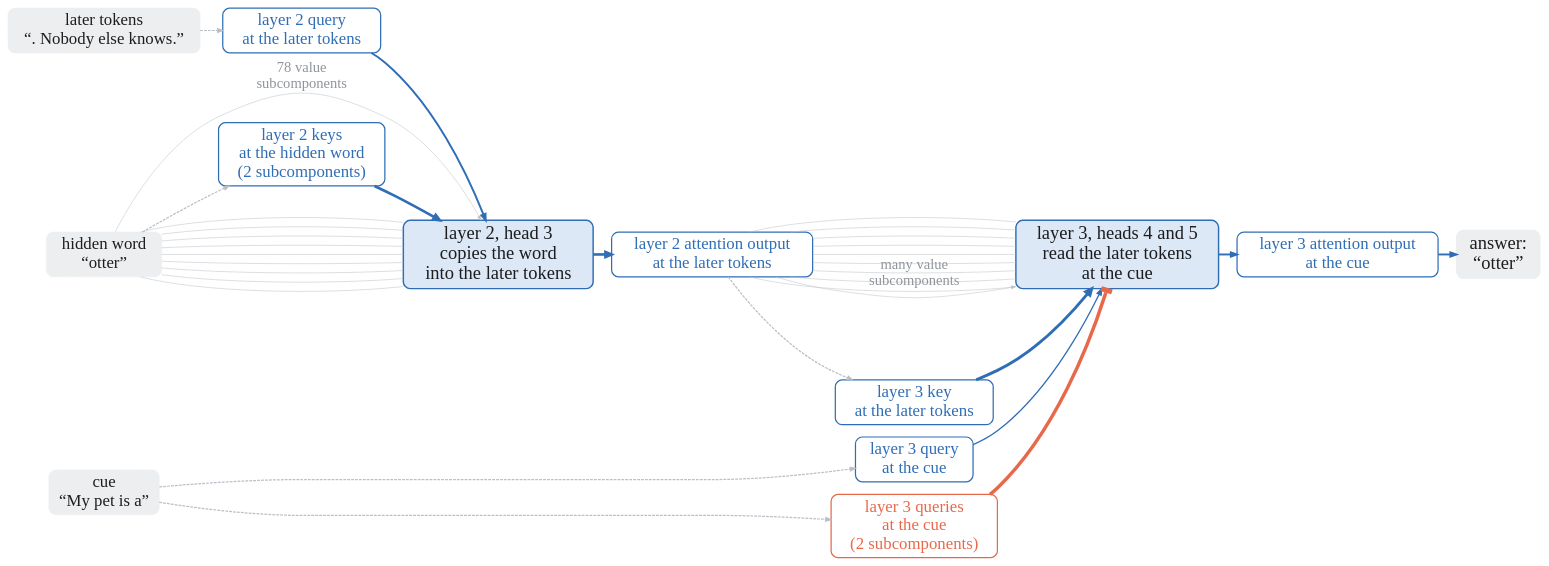
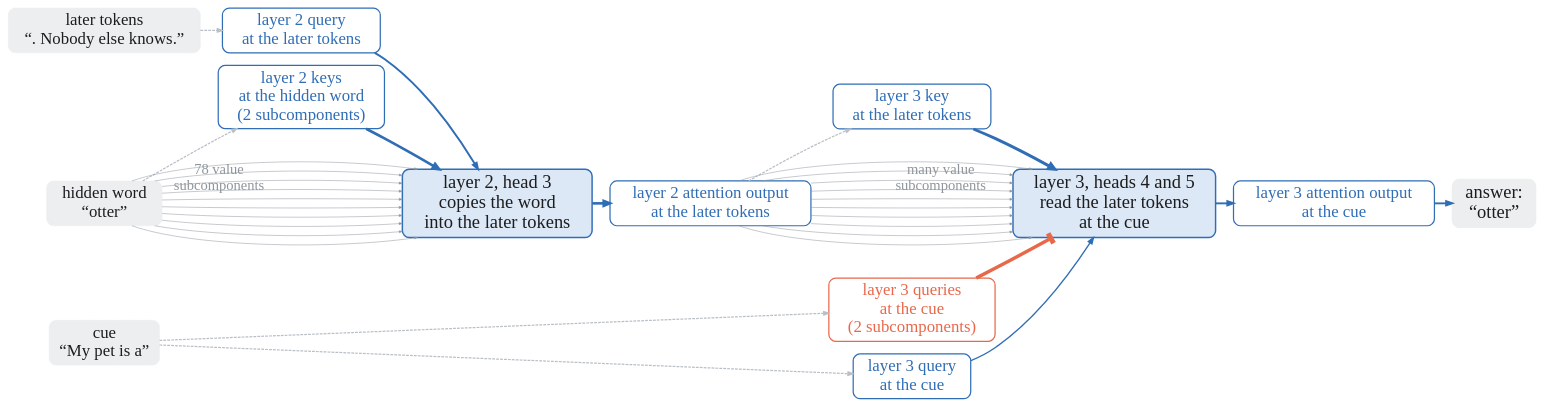
The diagram in figs/circuit_gates.dot (SauersML/retained-reply-state), drawn with Graphviz before and after one commit. The commit also changed 4 other files, not shown here.

Commit message:
Main figure: Qwen3-1.7B head circuit beside the 4-layer subcomponent curve; the 4-layer recall circuit across the full width with a visual key and a bundle of arrows for the spread-out word identity; stress-test panel removed (the tests refine the circuit, not the figure)

```diff
--- a/figs/circuit_gates.dot
+++ b/figs/circuit_gates.dot
@@ -1,64 +1,64 @@
 digraph G {
-  rankdir=LR; splines=spline; nodesep=0.3; ranksep=0.45; bgcolor="white"; pad=0.1;
+  rankdir=LR; splines=spline; nodesep=0.3; ranksep=0.45; bgcolor="white"; pad=0.1; forcelabels=true;
   node [shape=box, fontname="Avenir Next", fontsize=30, margin="0.18,0.1"];
   edge [fontname="Avenir Next", fontsize=26, fontcolor="#8e959c"];
   { rank=same; word [label="hidden word
 “otter”", style="rounded,filled", fillcolor="#eceef0", color="#eceef0", fontcolor="#1d1d1f"]; later [label="later tokens
 “. Nobody else knows.”", style="rounded,filled", fillcolor="#eceef0", color="#eceef0", fontcolor="#1d1d1f"];
     cue [label="cue
 “My pet is a”", style="rounded,filled", fillcolor="#eceef0", color="#eceef0", fontcolor="#1d1d1f"]; }
   { rank=same; k2 [label="layer 2 keys
 at the hidden word
 (2 subcomponents)", color="#2f6db5", fontcolor="#2f6db5", style="rounded,filled", fillcolor="white", penwidth=2.2];
     q2 [label="layer 2 query
 at the later tokens", color="#2f6db5", fontcolor="#2f6db5", style="rounded,filled", fillcolor="white", penwidth=2.2]; }
   h2 [label="layer 2, head 3
 copies the word
 into the later tokens", style="rounded,filled,bold", fillcolor="#dce8f6", color="#2f6db5", fontcolor="#1d1d1f", fontsize=33, penwidth=2.6];
   o2 [label="layer 2 attention output
 at the later tokens", color="#2f6db5", fontcolor="#2f6db5", style="rounded,filled", fillcolor="white", penwidth=2.2];
   { rank=same; k3 [label="layer 3 key
 at the later tokens", color="#2f6db5", fontcolor="#2f6db5", style="rounded,filled", fillcolor="white", penwidth=2.2];
     q3 [label="layer 3 query
 at the cue", color="#2f6db5", fontcolor="#2f6db5", style="rounded,filled", fillcolor="white", penwidth=2.2];
     b3 [label="layer 3 queries
 at the cue
 (2 subcomponents)", color="#e8684a", fontcolor="#e8684a", style="rounded,filled", fillcolor="white", penwidth=2.2]; }
   h3 [label="layer 3, heads 4 and 5
 read the later tokens
 at the cue", style="rounded,filled,bold", fillcolor="#dce8f6", color="#2f6db5", fontcolor="#1d1d1f", fontsize=33, penwidth=2.6];
   o3 [label="layer 3 attention output
 at the cue", color="#2f6db5", fontcolor="#2f6db5", style="rounded,filled", fillcolor="white", penwidth=2.2];
   answer [label="answer:
 “otter”", style="rounded,filled,bold", fillcolor="#eceef0", color="#eceef0", fontcolor="#1d1d1f", fontsize=33];
   word -> k2 [color="#b9bfc6", penwidth=2.2, style=dashed, arrowhead=normal, arrowsize=0.9]; later -> q2 [color="#b9bfc6", penwidth=2.2, style=dashed, arrowhead=normal, arrowsize=0.9]; cue -> q3 [color="#b9bfc6", penwidth=2.2, style=dashed, arrowhead=normal, arrowsize=0.9]; cue -> b3 [color="#b9bfc6", penwidth=2.2, style=dashed, arrowhead=normal, arrowsize=0.9];
-  word -> h2 [color="#b9bfc6", penwidth=0.9, arrowhead=none];
-  word -> h2 [color="#b9bfc6", penwidth=0.9, arrowhead=none];
-  word -> h2 [color="#b9bfc6", penwidth=0.9, arrowhead=none];
-  word -> h2 [color="#b9bfc6", penwidth=0.9, arrowhead=none];
-  word -> h2 [color="#b9bfc6", penwidth=0.9, arrowhead=none];
-  word -> h2 [color="#b9bfc6", penwidth=0.9, arrowhead=none];
-  word -> h2 [color="#b9bfc6", penwidth=0.9, arrowhead=none];
-  word -> h2 [color="#b9bfc6", penwidth=0.9, arrowhead=none];
-  word -> h2 [color="#b9bfc6", penwidth=0.9, arrowhead=none];
-  word -> h2 [color="#b9bfc6", penwidth=0.9, arrowsize=0.8, label="78 value\nsubcomponents", fontcolor="#8e959c"];
+  word -> h2 [color="#8e959c", penwidth=0.9, arrowsize=0.55];
+  word -> h2 [color="#8e959c", penwidth=0.9, arrowsize=0.55];
+  word -> h2 [color="#8e959c", penwidth=0.9, arrowsize=0.55];
+  word -> h2 [color="#8e959c", penwidth=0.9, arrowsize=0.55];
+  word -> h2 [color="#8e959c", penwidth=0.9, arrowsize=0.55];
+  word -> h2 [color="#8e959c", penwidth=0.9, arrowsize=0.55];
+  word -> h2 [color="#8e959c", penwidth=0.9, arrowsize=0.55];
+  word -> h2 [color="#8e959c", penwidth=0.9, arrowsize=0.55];
+  word -> h2 [color="#8e959c", penwidth=0.9, arrowsize=0.55];
+  word -> h2 [color="#8e959c", penwidth=0.9, arrowsize=0.55, xlabel="78 value\nsubcomponents", fontcolor="#8e959c"];
   k2 -> h2 [color="#2f6db5", penwidth=4.81, arrowhead=normal, arrowsize=1.1];
   q2 -> h2 [color="#2f6db5", penwidth=3.48, arrowhead=normal, arrowsize=1.1];
   h2 -> o2 [color="#2f6db5", penwidth=4.66, arrowhead=normal, arrowsize=1.1];
   o2 -> k3 [color="#b9bfc6", penwidth=2.2, style=dashed, arrowhead=normal, arrowsize=0.9];
-  o2 -> h3 [color="#b9bfc6", penwidth=0.9, arrowhead=none];
-  o2 -> h3 [color="#b9bfc6", penwidth=0.9, arrowhead=none];
-  o2 -> h3 [color="#b9bfc6", penwidth=0.9, arrowhead=none];
-  o2 -> h3 [color="#b9bfc6", penwidth=0.9, arrowhead=none];
-  o2 -> h3 [color="#b9bfc6", penwidth=0.9, arrowhead=none];
-  o2 -> h3 [color="#b9bfc6", penwidth=0.9, arrowhead=none];
-  o2 -> h3 [color="#b9bfc6", penwidth=0.9, arrowhead=none];
-  o2 -> h3 [color="#b9bfc6", penwidth=0.9, arrowhead=none];
-  o2 -> h3 [color="#b9bfc6", penwidth=0.9, arrowhead=none];
-  o2 -> h3 [color="#b9bfc6", penwidth=0.9, arrowsize=0.8, label="many value\nsubcomponents", fontcolor="#8e959c"];
+  o2 -> h3 [color="#8e959c", penwidth=0.9, arrowsize=0.55];
+  o2 -> h3 [color="#8e959c", penwidth=0.9, arrowsize=0.55];
+  o2 -> h3 [color="#8e959c", penwidth=0.9, arrowsize=0.55];
+  o2 -> h3 [color="#8e959c", penwidth=0.9, arrowsize=0.55];
+  o2 -> h3 [color="#8e959c", penwidth=0.9, arrowsize=0.55];
+  o2 -> h3 [color="#8e959c", penwidth=0.9, arrowsize=0.55];
+  o2 -> h3 [color="#8e959c", penwidth=0.9, arrowsize=0.55];
+  o2 -> h3 [color="#8e959c", penwidth=0.9, arrowsize=0.55];
+  o2 -> h3 [color="#8e959c", penwidth=0.9, arrowsize=0.55];
+  o2 -> h3 [color="#8e959c", penwidth=0.9, arrowsize=0.55, xlabel="many value\nsubcomponents", fontcolor="#8e959c"];
   k3 -> h3 [color="#2f6db5", penwidth=5.22, arrowhead=normal, arrowsize=1.1];
   q3 -> h3 [color="#2f6db5", penwidth=2.38, arrowhead=normal, arrowsize=1.1];
   b3 -> h3 [color="#e8684a", penwidth=6.14, arrowhead=tee, arrowsize=1.4];
   h3 -> o3 [color="#2f6db5", penwidth=3.42, arrowhead=normal, arrowsize=1.1];
   o3 -> answer [color="#2f6db5", penwidth=3.40, arrowhead=normal, arrowsize=1.1];
 }
```
